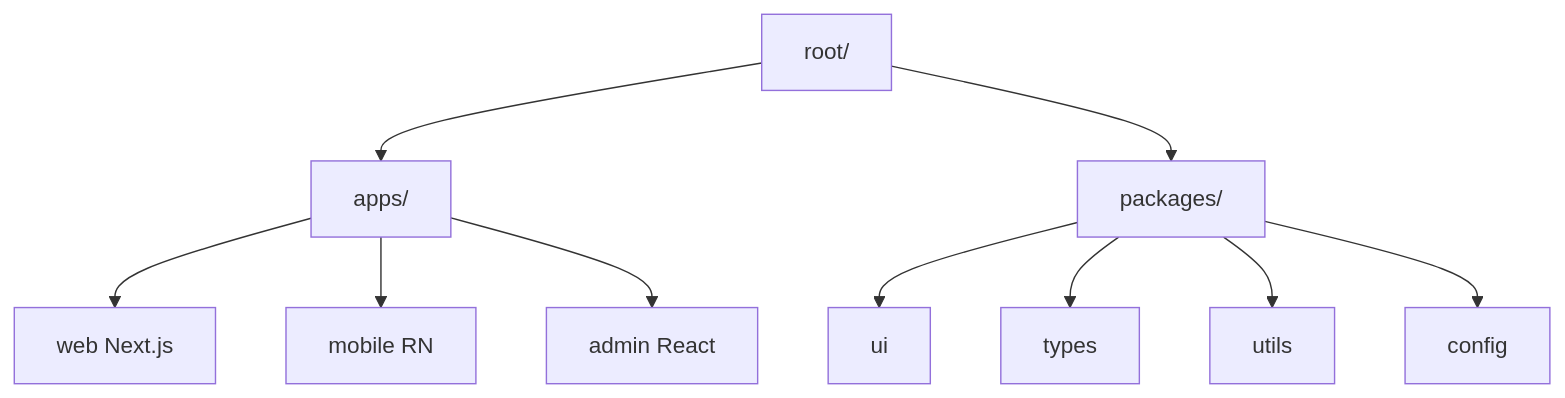
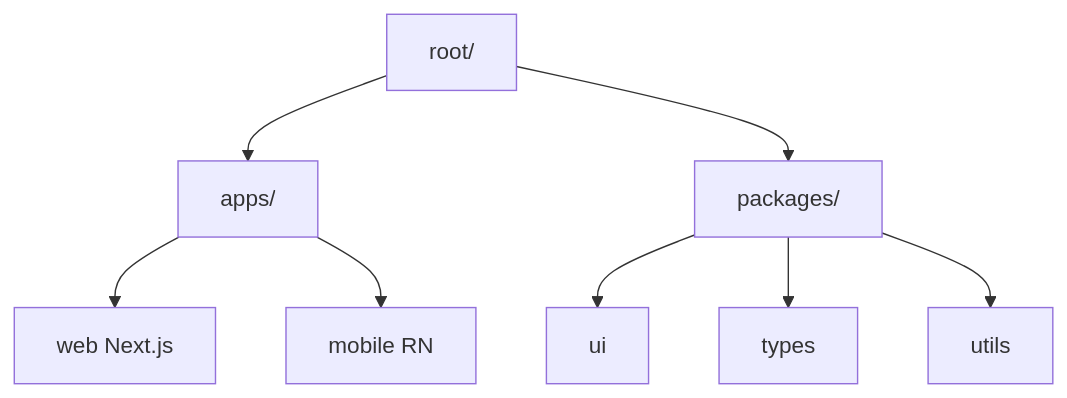
One commit to yjkim2015/yjkim2015.github.io changed the fifth of 7 diagrams in _posts/frontend/2026-05-02-frontend-architecture.md. Above: the diagram before and after it, drawn with Mermaid. The commit also changed other lines of this file and 155 other files, not shown here.

First line of the commit message:
Mermaid 전면 수정: subgraph 제거, participant/노드/줄수 축소 (342블록)

````diff
--- a/_posts/frontend/2026-05-02-frontend-architecture.md
+++ b/_posts/frontend/2026-05-02-frontend-architecture.md
@@ -252,6 +252,6 @@
 ```mermaid
 graph TD
     ROOT["root/"] --> APPS["apps/"] & PACKAGES["packages/"]
-    APPS --> WEB["web Next.js"] & MOBILE["mobile RN"] & ADMIN["admin React"]
-    PACKAGES --> UI["ui"] & TYPES["types"] & UTILS["utils"] & CONFIG["config"]
+    APPS --> WEB["web Next.js"] & MOBILE["mobile RN"]
+    PACKAGES --> UI["ui"] & TYPES["types"] & UTILS["utils"]
 ```
````
